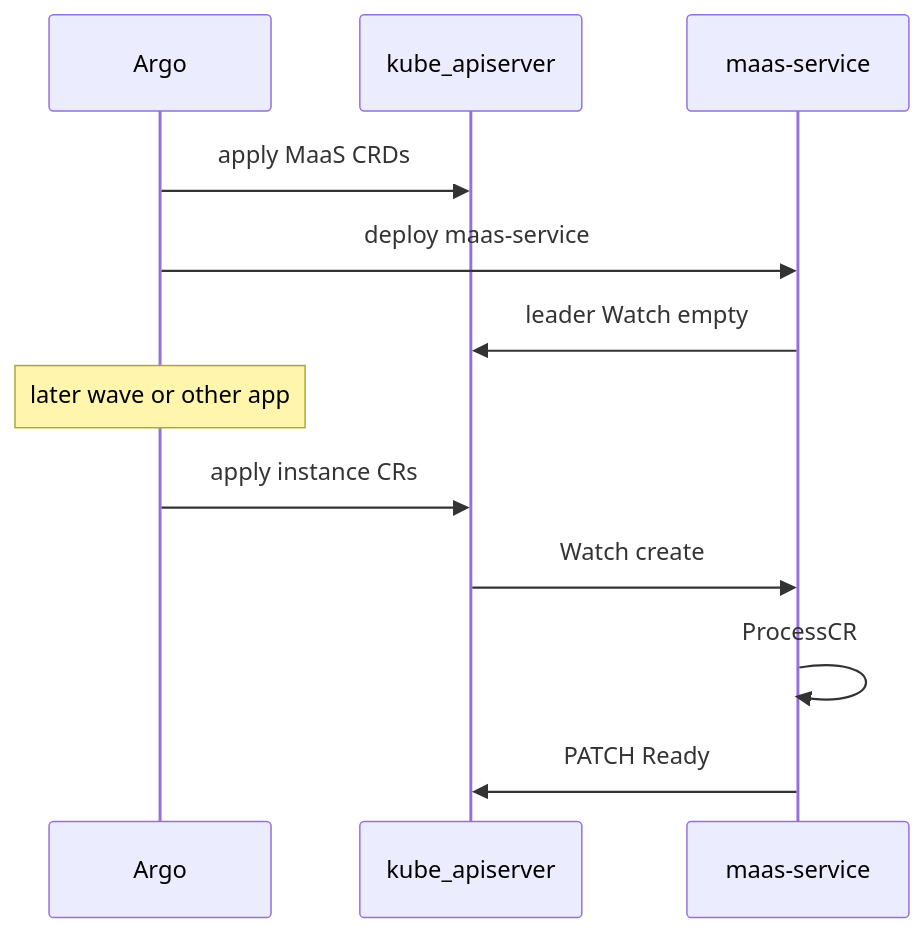
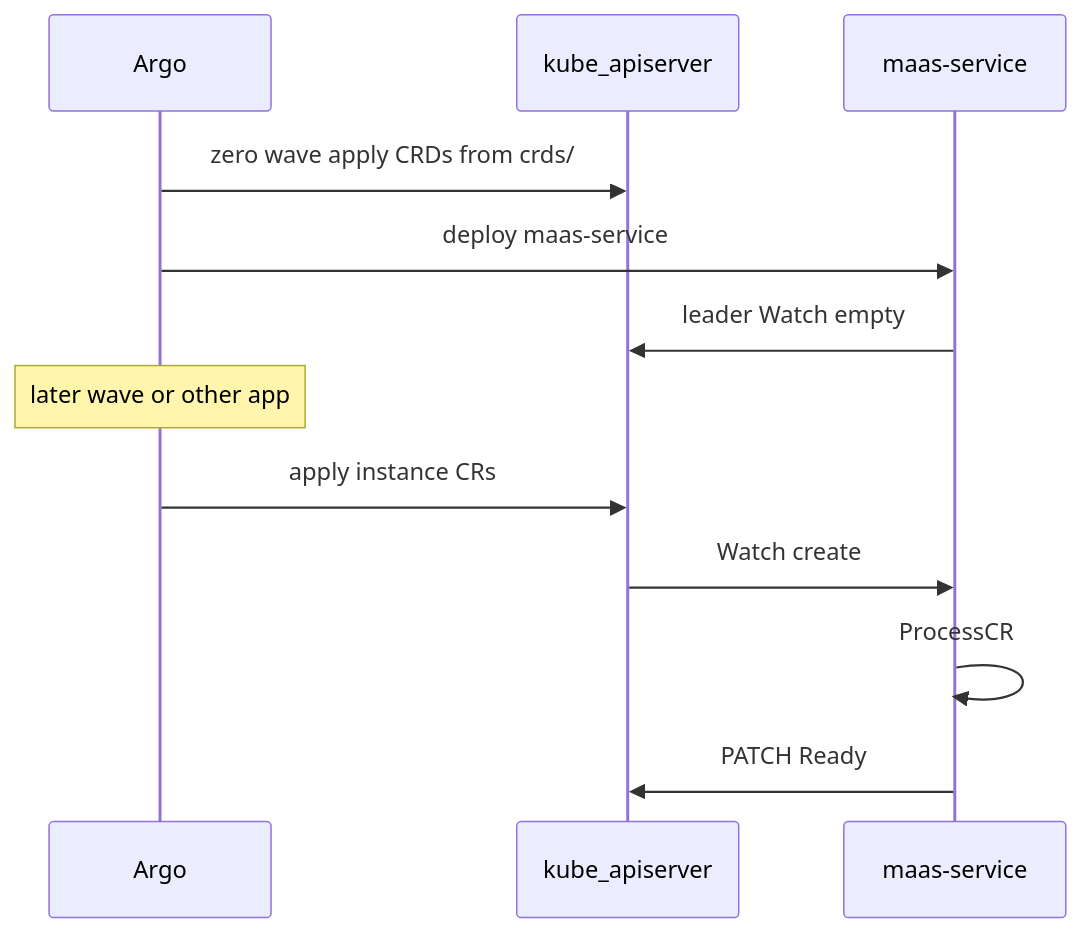
The second of 13 diagrams in docs/operator_design.md (Netcracker/qubership-maas), drawn with Mermaid before and after one commit. The commit also changed other lines of this file and 9 other files, not shown here.

````diff
--- a/docs/operator_design.md
+++ b/docs/operator_design.md
@@ -299,14 +305,14 @@
 ```mermaid
 sequenceDiagram
   participant Argo
   participant API as kube_apiserver
   participant Pod as maas-service
-  Argo->>API: apply MaaS CRDs
+  Argo->>API: zero wave apply CRDs from crds/
   Argo->>Pod: deploy maas-service
   Pod->>API: leader Watch empty
   Note over Argo: later wave or other app
   Argo->>API: apply instance CRs
   API->>Pod: Watch create
   Pod->>Pod: ProcessCR
   Pod->>API: PATCH Ready
 ```
````
